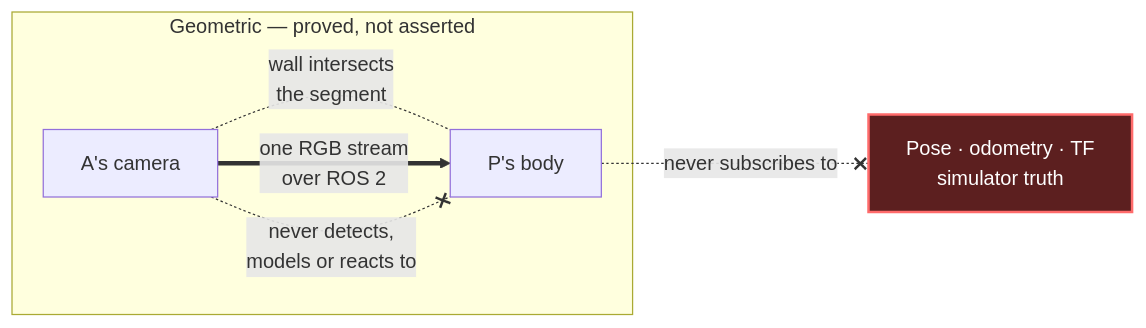
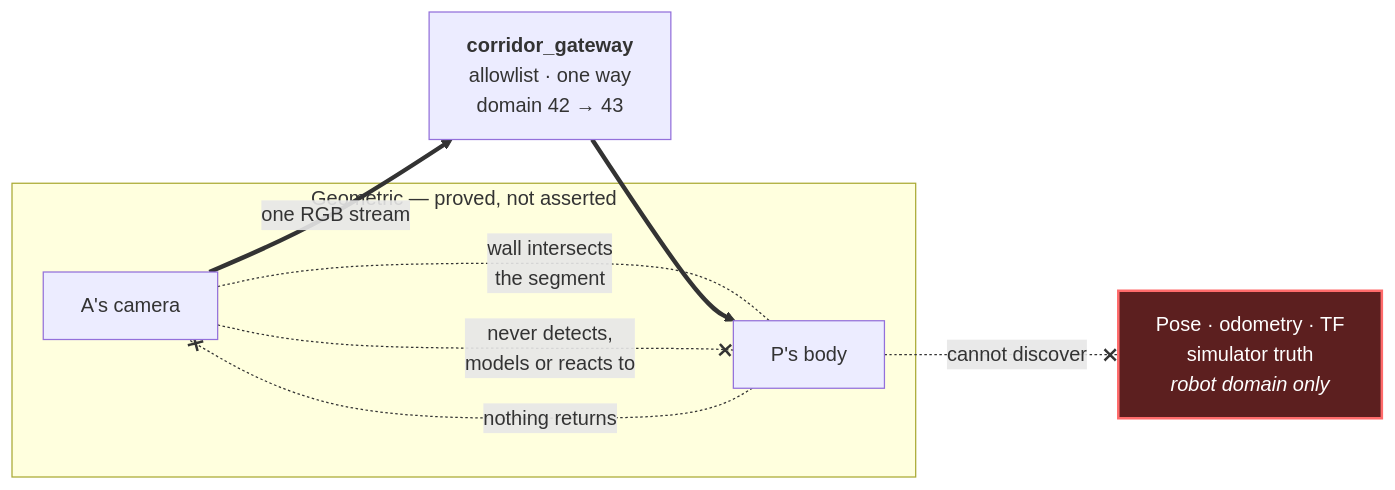
One commit to alexandergmzx/corridor-twin changed the first of 2 diagrams in CLAUDE.md. Above: the diagram before and after it, drawn with Mermaid. The commit also changed other lines of this file and 5 other files, not shown here.

````diff
--- a/CLAUDE.md
+++ b/CLAUDE.md
@@ -124,13 +132,15 @@
 ```mermaid
 flowchart LR
     subgraph Geometry["Geometric &mdash; proved, not asserted"]
         A["A's camera"] -. "wall intersects<br/>the segment" .- P["P's body"]
     end
 
-    A ==> |"one RGB stream<br/>over ROS 2"| P
+    A ==> |"one RGB stream"| GW["<b>corridor_gateway</b><br/>allowlist &middot; one way<br/>domain 42 &rarr; 43"]
+    GW ==> P
 
-    P -. "never subscribes to" .-x Truth["Pose &middot; odometry &middot; TF<br/>simulator truth"]:::blocked
+    P -. "cannot discover" .-x Truth["Pose &middot; odometry &middot; TF<br/>simulator truth<br/><i>robot domain only</i>"]:::blocked
     A -. "never detects,<br/>models or reacts to" .-x P
+    P -. "nothing returns" .-x A
 
     classDef blocked fill:#5c1f1f,color:#ffffff,stroke:#ff6b6b,stroke-width:2px;
 ```
````
